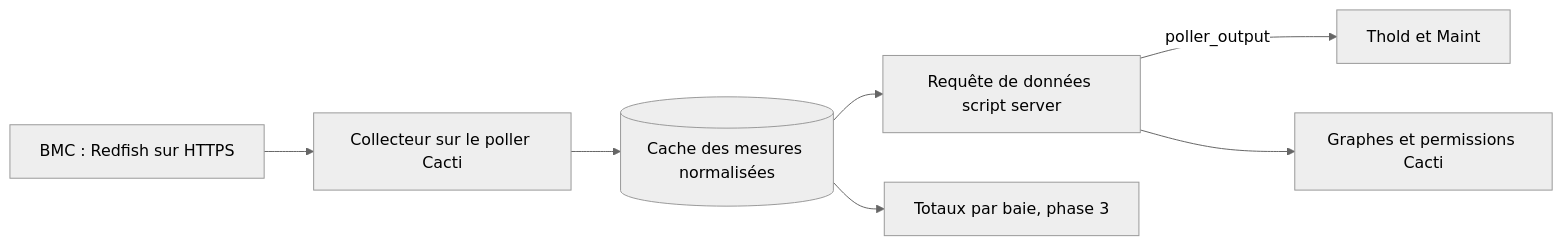
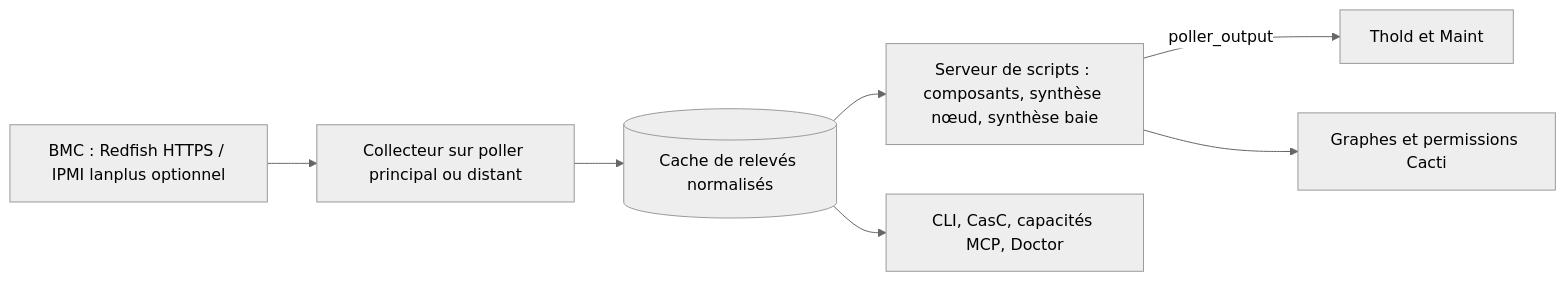
One commit to somethingwithproof/plugin_redfish changed the diagram in docs/i18n/fr-SN/README.md. Above: the diagram before and after it, drawn with Mermaid (neutral theme). The commit also changed other lines of this file and 47 other files, not shown here.

````diff
--- a/docs/i18n/fr-SN/README.md
+++ b/docs/i18n/fr-SN/README.md
@@ -100,9 +140,9 @@
 ```mermaid
 flowchart LR
-    BMC["BMC : Redfish sur HTTPS"] --> C["Collecteur sur le poller Cacti"]
-    C --> CACHE[("Cache des mesures normalisées")]
-    CACHE --> SS["Requête de données script server"]
+    BMC["BMC : Redfish HTTPS / IPMI lanplus optionnel"] --> C["Collecteur sur poller principal ou distant"]
+    C --> CACHE[("Cache de relevés normalisés")]
+    CACHE --> SS["Serveur de scripts : composants, synthèse nœud, synthèse baie"]
     SS -->|poller_output| T["Thold et Maint"]
     SS --> G["Graphes et permissions Cacti"]
-    CACHE --> R["Totaux par baie, phase 3"]
+    CACHE --> ECO["CLI, CasC, capacités MCP, Doctor"]
 ```
````
